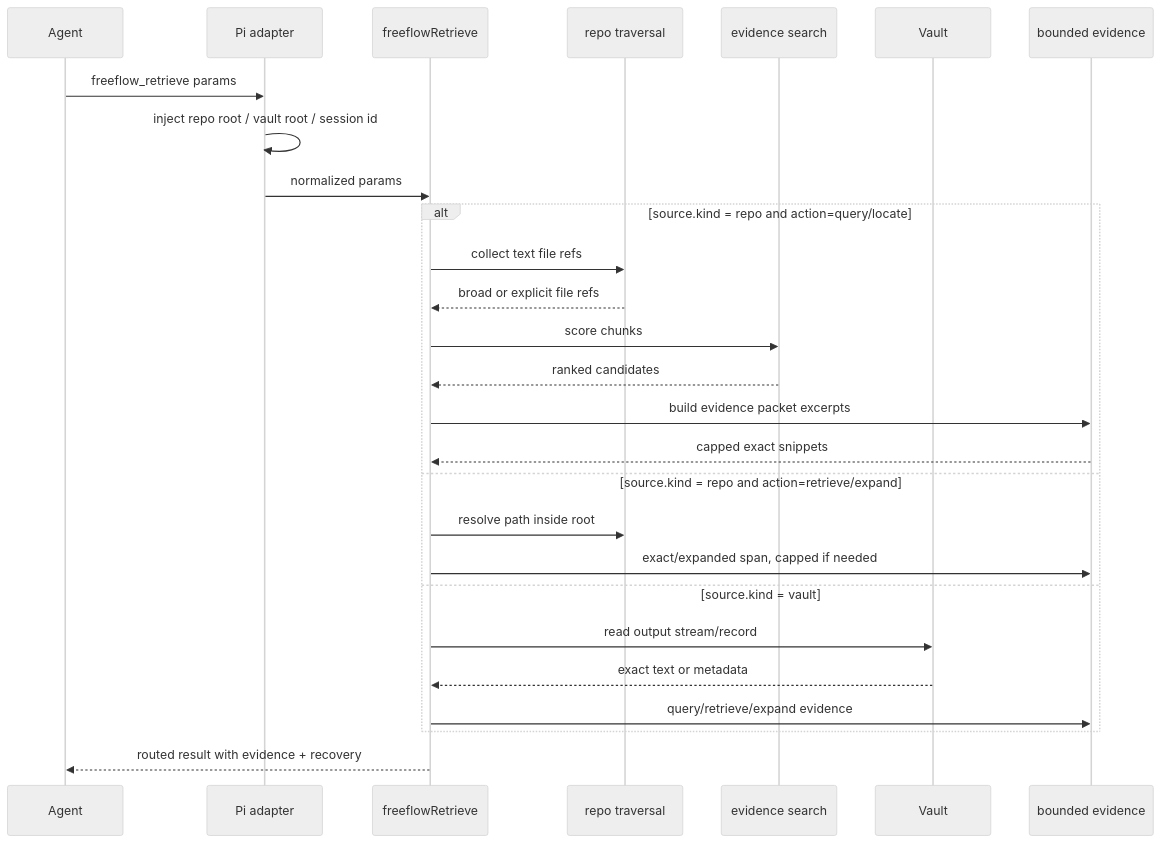
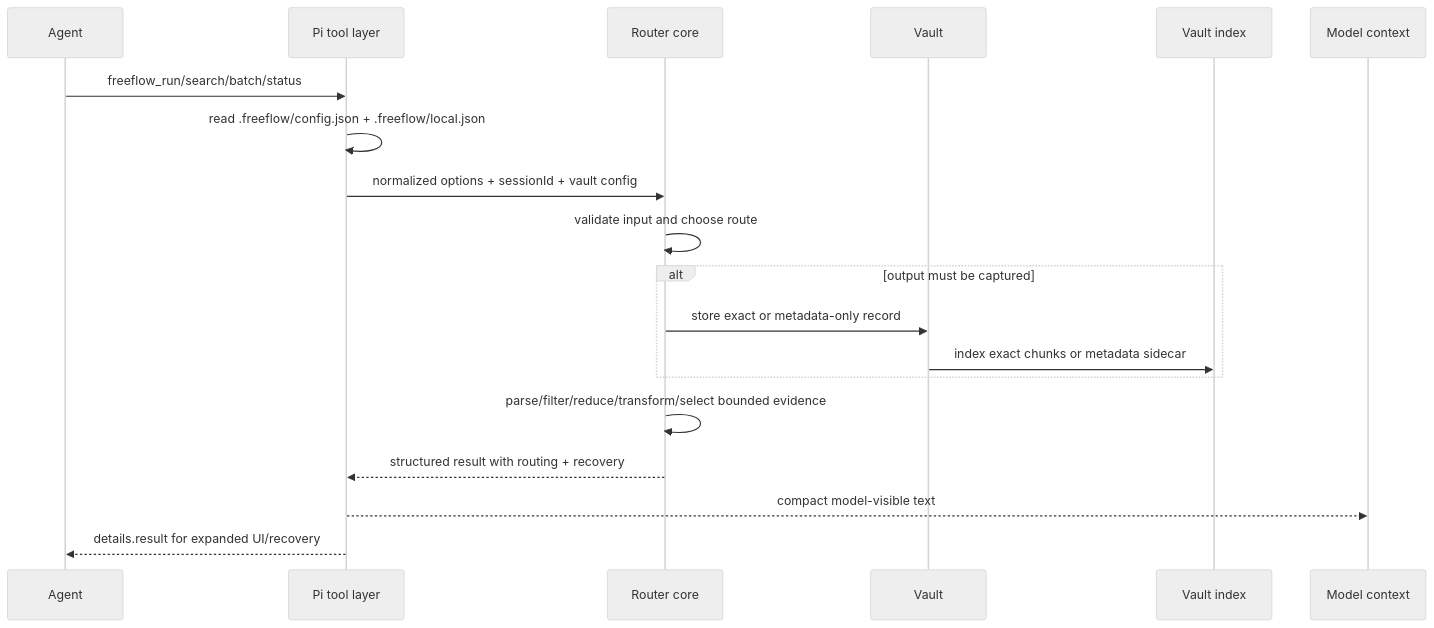
The second of 12 diagrams in docs/designs/freeflow-output-router-architecture.md (hassan-mohiddin/freeflow), drawn with Mermaid (neutral theme) before and after one commit. The commit also changed other lines of this file and 28 other files, not shown here.

````diff
--- a/docs/designs/freeflow-output-router-architecture.md
+++ b/docs/designs/freeflow-output-router-architecture.md
@@ -507,30 +383,22 @@
 ```mermaid
 sequenceDiagram
-  participant Agent
-  participant Pi as Pi adapter
-  participant Retrieve as freeflowRetrieve
-  participant Traversal as repo traversal
-  participant Search as evidence search
-  participant Vault
-  participant Bounded as bounded evidence
+  participant A as Agent
+  participant P as Pi tool layer
+  participant R as Router core
+  participant V as Vault
+  participant I as Vault index
+  participant M as Model context
 
-  Agent->>Pi: freeflow_retrieve params
-  Pi->>Pi: inject repo root / vault root / session id
-  Pi->>Retrieve: normalized params
-  alt source.kind = repo and action=query/locate
-    Retrieve->>Traversal: collect text file refs
-    Traversal-->>Retrieve: broad or explicit file refs
-    Retrieve->>Search: score chunks
-    Search-->>Retrieve: ranked candidates
-    Retrieve->>Bounded: build evidence packet excerpts
-    Bounded-->>Retrieve: capped exact snippets
-  else source.kind = repo and action=retrieve/expand
-    Retrieve->>Traversal: resolve path inside root
-    Retrieve->>Bounded: exact/expanded span, capped if needed
-  else source.kind = vault
-    Retrieve->>Vault: read output stream/record
-    Vault-->>Retrieve: exact text or metadata
-    Retrieve->>Bounded: query/retrieve/expand evidence
+  A->>P: freeflow_run/search/batch/status
+  P->>P: read .freeflow/config.json + .freeflow/local.json
+  P->>R: normalized options + sessionId + vault config
+  R->>R: validate input and choose route
+  alt output must be captured
+    R->>V: store exact or metadata-only record
+    V->>I: index exact chunks or metadata sidecar
   end
-  Retrieve-->>Agent: routed result with evidence + recovery
+  R->>R: parse/filter/reduce/transform/select bounded evidence
+  R-->>P: structured result with routing + recovery
+  P-->>M: compact model-visible text
+  P-->>A: details.result for expanded UI/recovery
 ```
````
